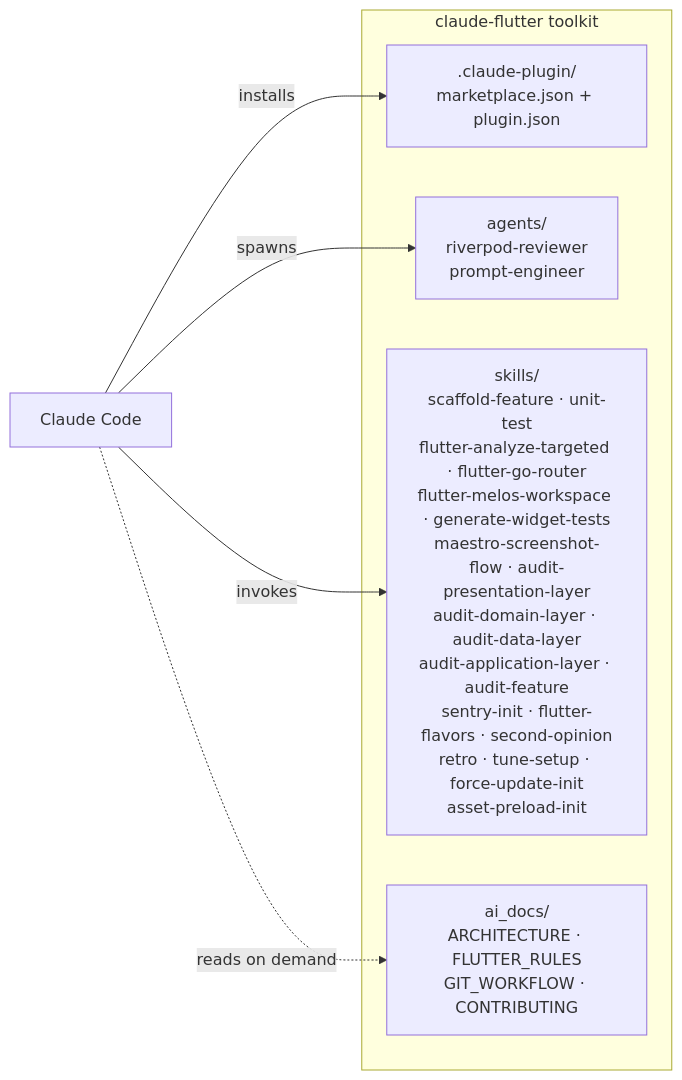
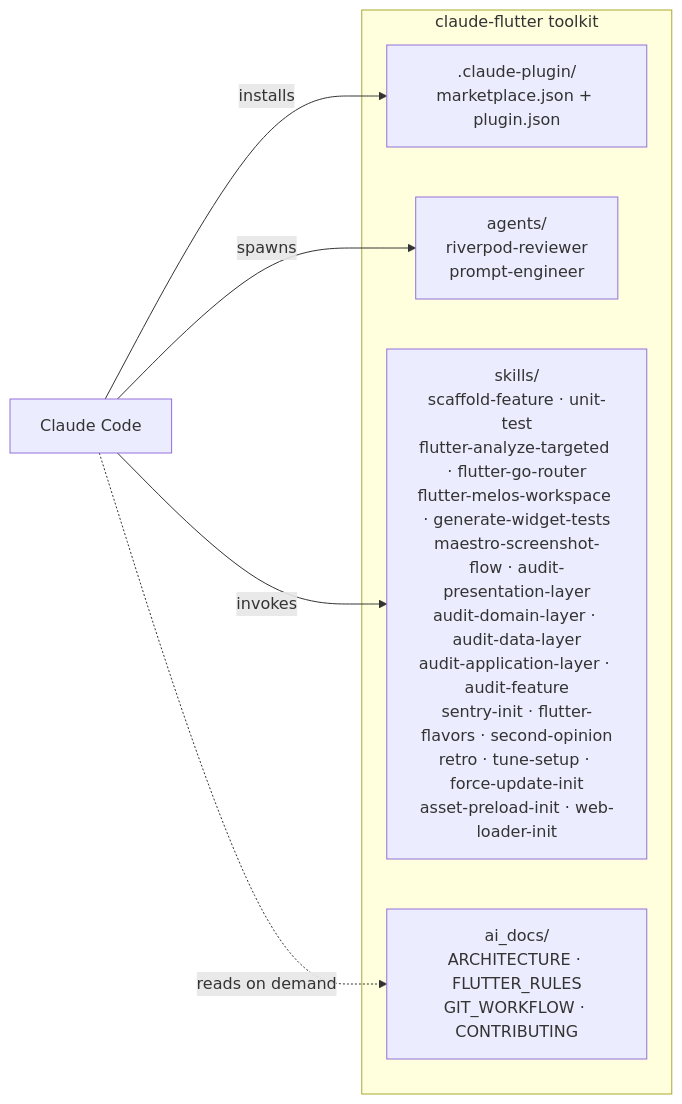
The diagram in ai_docs/ARCHITECTURE.md (iamantoniodinuzzo/claude-flutter), drawn with Mermaid before and after one commit. The commit also changed other lines of this file and 8 other files, not shown here.

First line of the commit message:
feat(web-loader-init): add Flutter web boot loader skill and WEB-02 audit rule

````diff
--- a/ai_docs/ARCHITECTURE.md
+++ b/ai_docs/ARCHITECTURE.md
@@ -20,17 +20,17 @@
 ```mermaid
 flowchart LR
     subgraph Repo["claude-flutter toolkit"]
         plugin[".claude-plugin/\nmarketplace.json + plugin.json"]
         agents["agents/\nriverpod-reviewer\nprompt-engineer"]
         skills["skills/\nscaffold-feature · unit-test\nflutter-analyze-targeted · flutter-go-router\nflutter-melos-workspace · generate-widget-tests\nmaestro-screenshot-flow · audit-presentation-layer\naudit-domain-layer · audit-data-layer\naudit-application-layer · audit-feature\nsentry-init · flutter-flavors · second-opinion\nretro · tune-setup · force-update-init
-asset-preload-init"]
+asset-preload-init · web-loader-init"]
         aidocs["ai_docs/\nARCHITECTURE · FLUTTER_RULES\nGIT_WORKFLOW · CONTRIBUTING"]
     end
 
     cc[Claude Code]
 
     cc -->|installs| plugin
     cc -->|invokes| skills
     cc -->|spawns| agents
     cc -.->|reads on demand| aidocs
 ```
````
